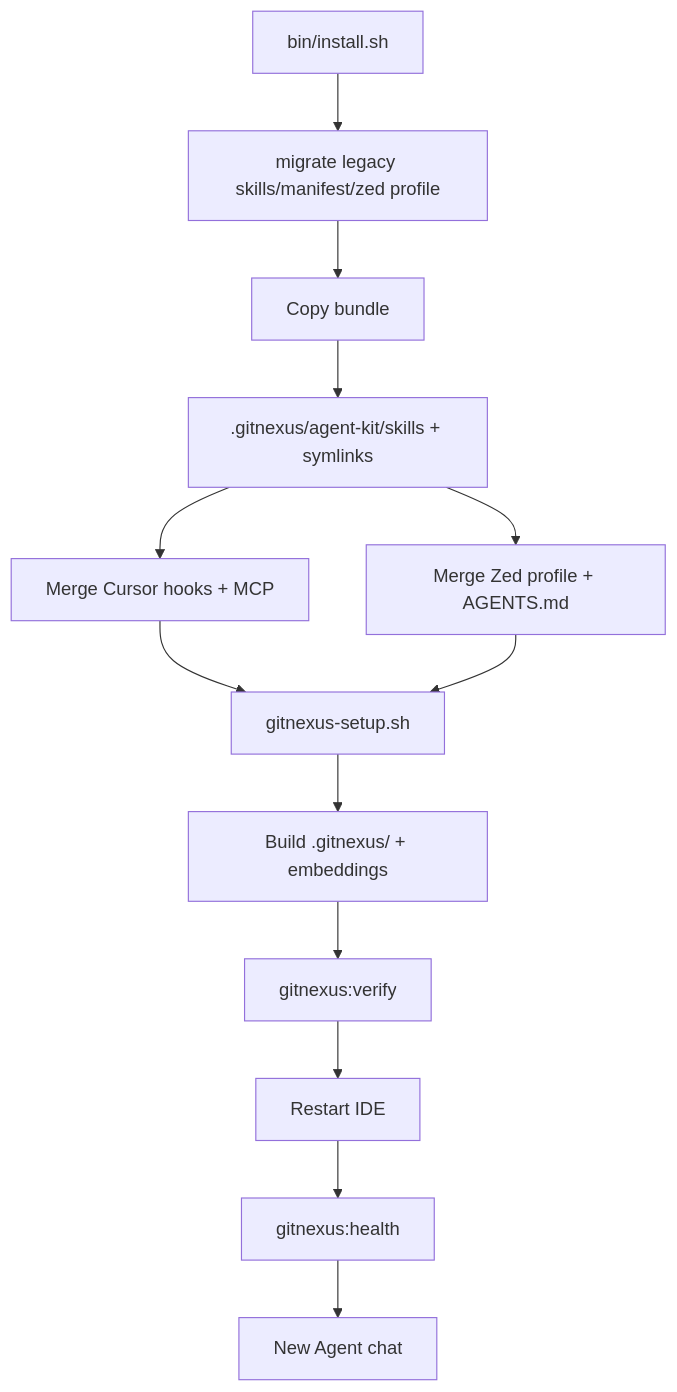
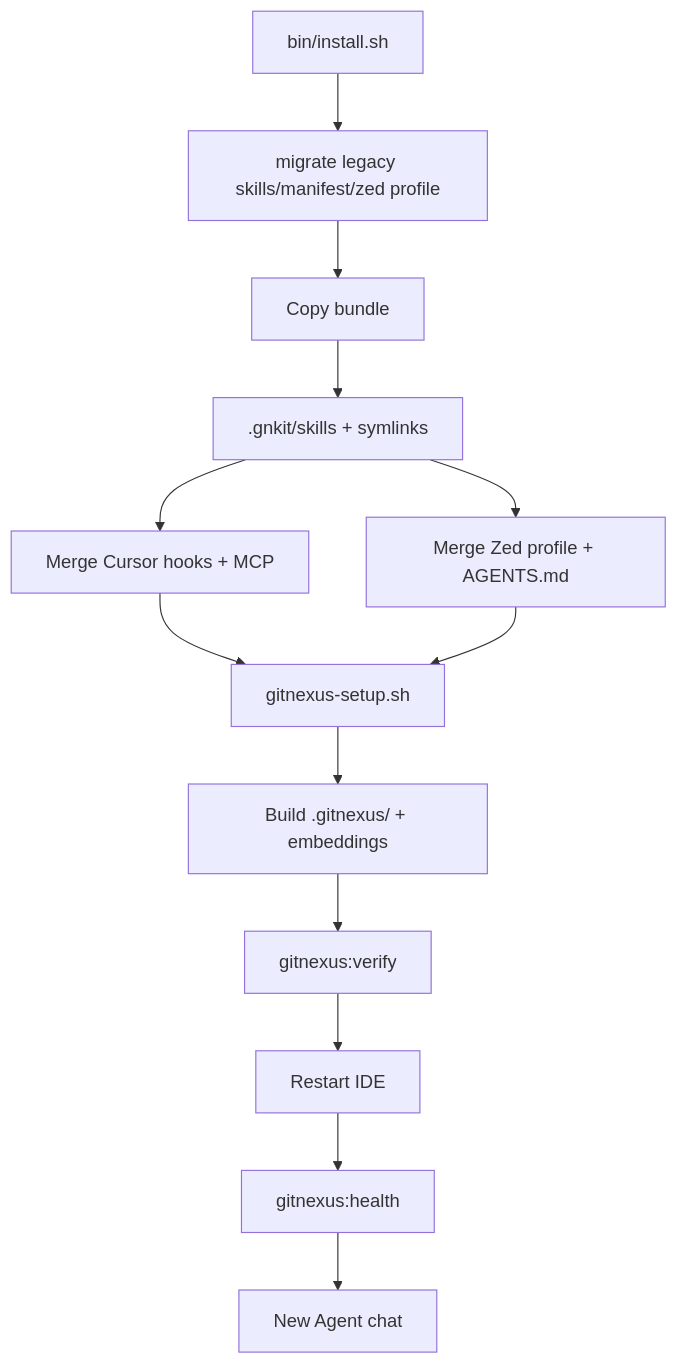
The eighth of 9 diagrams in docs/ARCHITECTURE.md (ReidenXerx/cursor-gitnexus-kit), drawn with Mermaid before and after one commit. The commit also changed other lines of this file and 15 other files, not shown here.

First line of the commit message:
Distribute skills via git: relocate store to tracked .gnkit/skills; revise gitignore

````diff
--- a/docs/ARCHITECTURE.md
+++ b/docs/ARCHITECTURE.md
@@ -192,15 +192,15 @@
 ```mermaid
 flowchart TB
   I["bin/install.sh"] --> M[migrate legacy skills/manifest/zed profile]
   M --> B[Copy bundle]
-  B --> SK[".gitnexus/agent-kit/skills + symlinks"]
+  B --> SK[".gnkit/skills + symlinks"]
   SK --> MC[Merge Cursor hooks + MCP]
   SK --> MZ[Merge Zed profile + AGENTS.md]
   MC --> S[gitnexus-setup.sh]
   MZ --> S
   S --> IDX["Build .gitnexus/ + embeddings"]
   IDX --> V["gitnexus:verify"]
   V --> R[Restart IDE]
   R --> H["gitnexus:health"]
   H --> C[New Agent chat]
 ```
````
